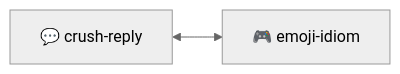
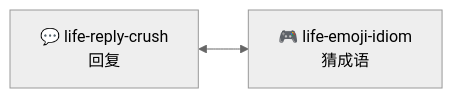
The third of 3 diagrams in README.md (dvlproad/AI-qskills), drawn with Mermaid (neutral theme) before and after one commit. The commit also changed other lines of this file and 4 other files, not shown here.

````diff
--- a/README.md
+++ b/README.md
@@ -58,4 +51,4 @@
 ```mermaid
 graph LR
-    A[💬 crush-reply] <--> B[🎮 emoji-idiom]
+    A[💬 life-reply-crush<br/>回复] <--> B[🎮 life-emoji-idiom<br/>猜成语]
 ```
````
